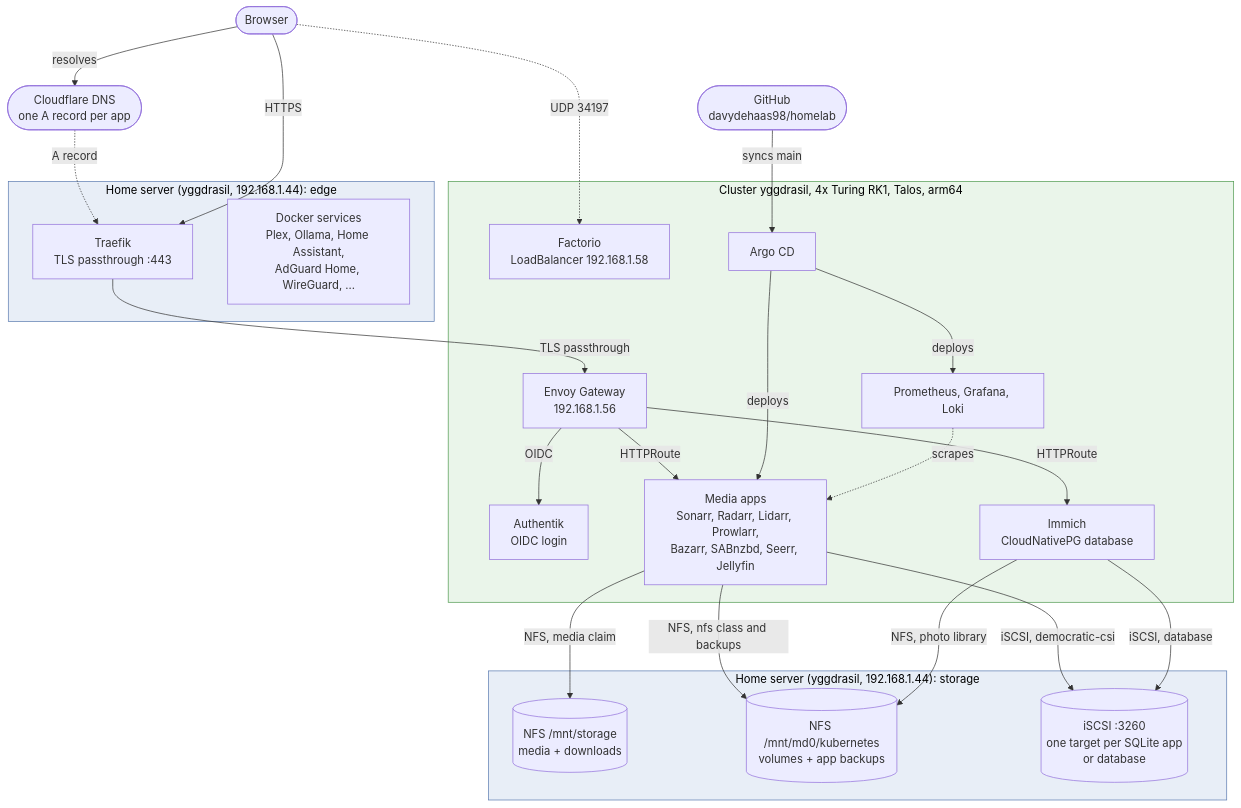
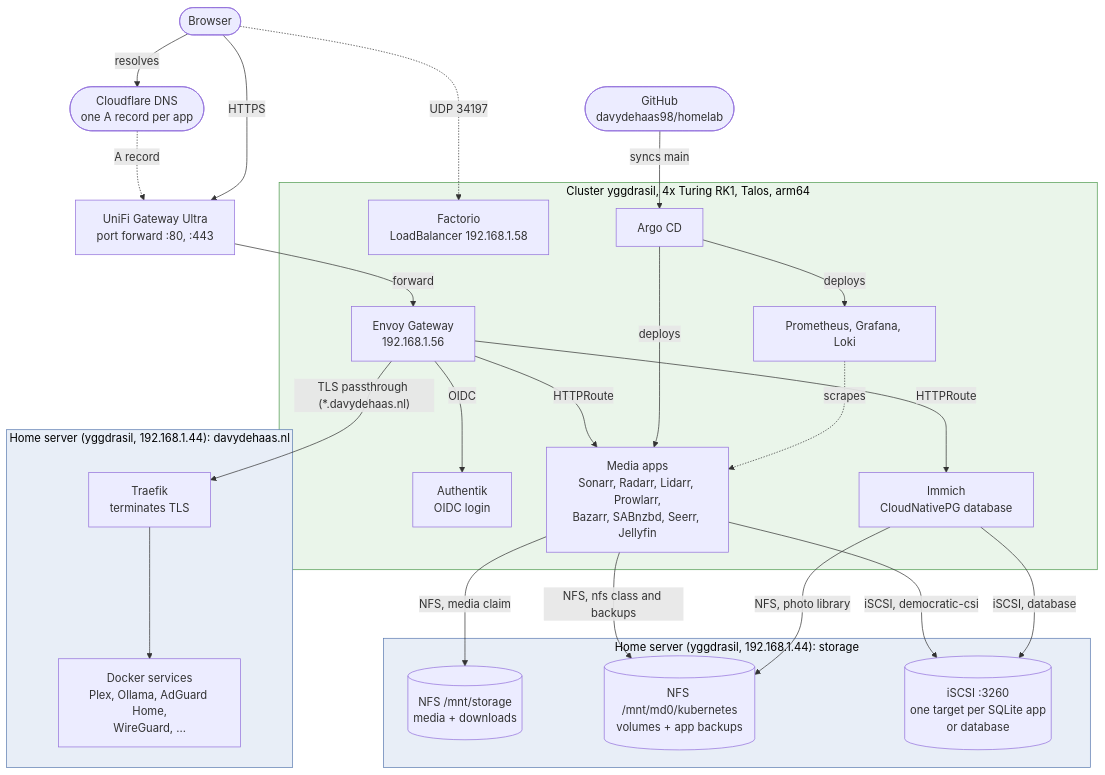
One commit to davydehaas98/homelab changed the diagram in docs/diagrams/architecture.mmd. Above: the diagram before and after it, drawn with Mermaid. The commit also changed 6 other files, not shown here.

```diff
--- a/docs/diagrams/architecture.mmd
+++ b/docs/diagrams/architecture.mmd
@@ -1,50 +1,54 @@
 flowchart TB
     browser([Browser])
     dns(["Cloudflare DNS<br/>one A record per app"])
     github(["GitHub<br/>davydehaas98/homelab"])
 
-    subgraph edge["Home server (yggdrasil, 192.168.1.44): edge"]
-        traefik["Traefik<br/>TLS passthrough :443"]
-        docker["Docker services<br/>Plex, Ollama, Home Assistant,<br/>AdGuard Home, WireGuard, ..."]
+    unifi["UniFi Gateway Ultra<br/>port forward :80, :443"]
+
+    subgraph edge["Home server (yggdrasil, 192.168.1.44): davydehaas.nl"]
+        traefik["Traefik<br/>terminates TLS"]
+        docker["Docker services<br/>Plex, Ollama, AdGuard Home,<br/>WireGuard, ..."]
     end
 
     subgraph k8s["Cluster yggdrasil, 4x Turing RK1, Talos, arm64"]
         envoy["Envoy Gateway<br/>192.168.1.56"]
         authentik["Authentik<br/>OIDC login"]
         apps["Media apps<br/>Sonarr, Radarr, Lidarr, Prowlarr,<br/>Bazarr, SABnzbd, Seerr, Jellyfin"]
         immich["Immich<br/>CloudNativePG database"]
         factorio["Factorio<br/>LoadBalancer 192.168.1.58"]
         monitoring["Prometheus, Grafana, Loki"]
         argo["Argo CD"]
     end
 
     subgraph storage["Home server (yggdrasil, 192.168.1.44): storage"]
         media[("NFS /mnt/storage<br/>media + downloads")]
         nfs[("NFS /mnt/md0/kubernetes<br/>volumes + app backups")]
         iscsi[("iSCSI :3260<br/>one target per SQLite app<br/>or database")]
     end
 
     browser -->|resolves| dns
-    dns -.->|A record| traefik
-    browser -->|HTTPS| traefik
-    traefik -->|TLS passthrough| envoy
+    dns -.->|A record| unifi
+    browser -->|HTTPS| unifi
+    unifi -->|forward| envoy
+    envoy -->|"TLS passthrough (*.davydehaas.nl)"| traefik
+    traefik --> docker
     envoy -->|OIDC| authentik
     envoy -->|HTTPRoute| apps
     envoy -->|HTTPRoute| immich
     browser -.->|UDP 34197| factorio
 
     apps -->|NFS, media claim| media
     apps -->|NFS, nfs class and backups| nfs
     apps -->|iSCSI, democratic-csi| iscsi
     immich -->|NFS, photo library| nfs
     immich -->|iSCSI, database| iscsi
 
     github -->|syncs main| argo
     argo -->|deploys| apps
     argo -->|deploys| monitoring
     monitoring -.->|scrapes| apps
 
     classDef server fill:#e8eef7,stroke:#5b7bb0,color:#000
     classDef cluster fill:#eaf5ea,stroke:#4f9a4f,color:#000
     class edge,storage server
     class k8s cluster
```
